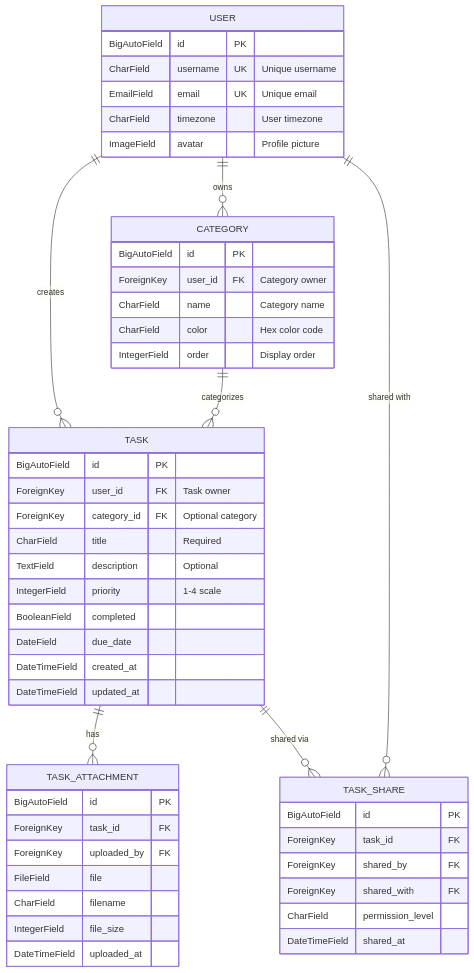
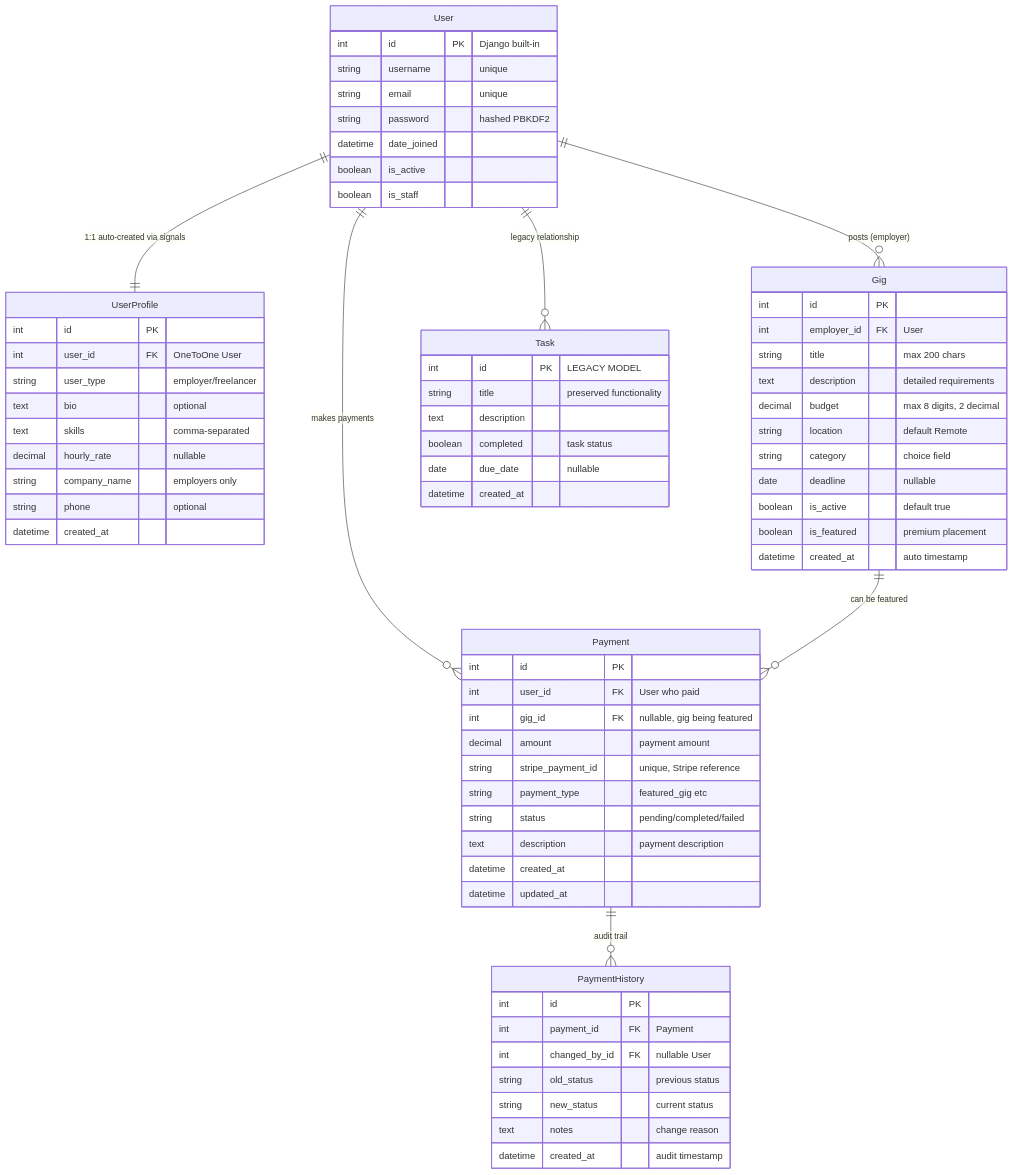
Before and after one commit to aransys/quickgigs-django: the first of 4 diagrams in README.md, drawn with Mermaid. The commit also changed other lines of this file and 3 other files, not shown here.

Commit message:
Update README.md to reflect project rebranding from Task Manager to QuickGigs, enhancing project description, features, and deployment details. Update .DS_Store files in root and screenshots directories.

````diff
--- a/README.md
+++ b/README.md
@@ -500,57 +257,77 @@
 ```mermaid
 erDiagram
-    USER ||--o{ TASK : creates
-    USER ||--o{ CATEGORY : owns
-    CATEGORY ||--o{ TASK : categorizes
-    TASK ||--o{ TASK_ATTACHMENT : has
-    TASK ||--o{ TASK_SHARE : "shared via"
-    USER ||--o{ TASK_SHARE : "shared with"
+    User ||--|| UserProfile : "1:1 auto-created via signals"
+    User ||--o{ Gig : "posts (employer)"
+    User ||--o{ Payment : "makes payments"
+    User ||--o{ Task : "legacy relationship"
+    Gig ||--o{ Payment : "can be featured"
+    Payment ||--o{ PaymentHistory : "audit trail"
 
-    USER {
-        BigAutoField id PK
-        CharField username UK "Unique username"
-        EmailField email UK "Unique email"
-        CharField timezone "User timezone"
-        ImageField avatar "Profile picture"
+    User {
+        int id PK "Django built-in"
+        string username "unique"
+        string email "unique"
+        string password "hashed PBKDF2"
+        datetime date_joined
+        boolean is_active
+        boolean is_staff
     }
 
-    TASK {
-        BigAutoField id PK
-        ForeignKey user_id FK "Task owner"
-        ForeignKey category_id FK "Optional category"
-        CharField title "Required"
-        TextField description "Optional"
-        IntegerField priority "1-4 scale"
-        BooleanField completed
-        DateField due_date
-        DateTimeField created_at
-        DateTimeField updated_at
+    UserProfile {
+        int id PK
+        int user_id FK "OneToOne User"
+        string user_type "employer/freelancer"
+        text bio "optional"
+        text skills "comma-separated"
+        decimal hourly_rate "nullable"
+        string company_name "employers only"
+        string phone "optional"
+        datetime created_at
     }
 
-    CATEGORY {
-        BigAutoField id PK
-        ForeignKey user_id FK "Category owner"
-        CharField name "Category name"
-        CharField color "Hex color code"
-        IntegerField order "Display order"
+    Gig {
+        int id PK
+        int employer_id FK "User"
+        string title "max 200 chars"
+        text description "detailed requirements"
+        decimal budget "max 8 digits, 2 decimal"
+        string location "default Remote"
+        string category "choice field"
+        date deadline "nullable"
+        boolean is_active "default true"
+        boolean is_featured "premium placement"
+        datetime created_at "auto timestamp"
     }
 
-    TASK_ATTACHMENT {
-        BigAutoField id PK
-        ForeignKey task_id FK
-        ForeignKey uploaded_by FK
-        FileField file
-        CharField filename
-        IntegerField file_size
-        DateTimeField uploaded_at
+    Payment {
+        int id PK
+        int user_id FK "User who paid"
+        int gig_id FK "nullable, gig being featured"
+        decimal amount "payment amount"
+        string stripe_payment_id "unique, Stripe reference"
+        string payment_type "featured_gig etc"
+        string status "pending/completed/failed"
+        text description "payment description"
+        datetime created_at
+        datetime updated_at
     }
 
-    TASK_SHARE {
-        BigAutoField id PK
-        ForeignKey task_id FK
-        ForeignKey shared_by FK
-        ForeignKey shared_with FK
-        CharField permission_level
-        DateTimeField shared_at
+    PaymentHistory {
+        int id PK
+        int payment_id FK "Payment"
+        int changed_by_id FK "nullable User"
+        string old_status "previous status"
+        string new_status "current status"
+        text notes "change reason"
+        datetime created_at "audit timestamp"
+    }
+
+    Task {
+        int id PK "LEGACY MODEL"
+        string title "preserved functionality"
+        text description
+        boolean completed "task status"
+        date due_date "nullable"
+        datetime created_at
     }
 ```
````
